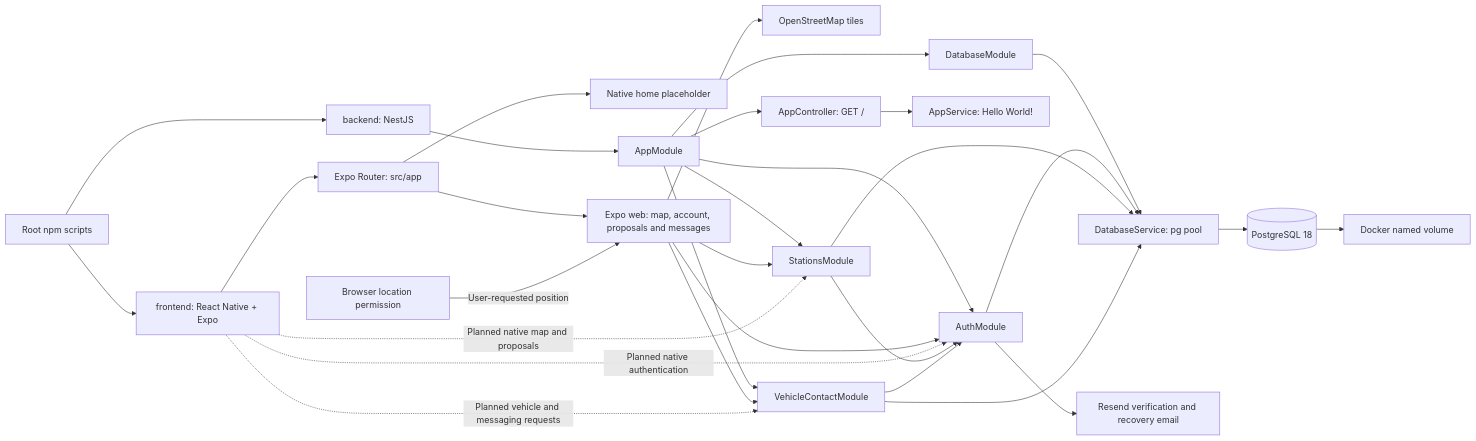
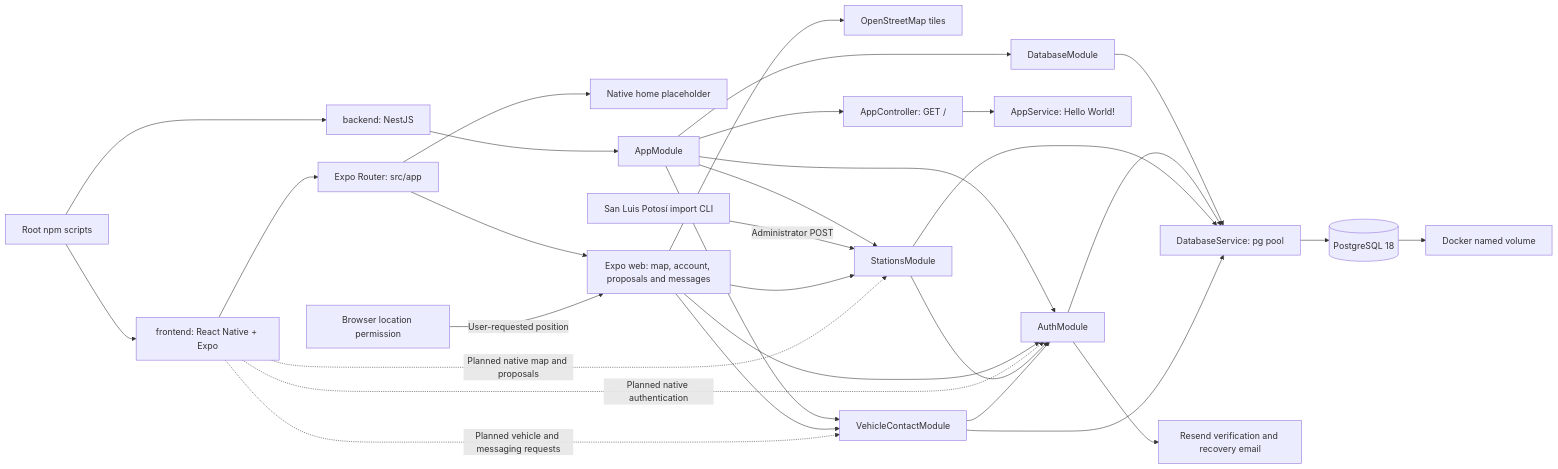
Before and after one commit to JuanCarlosIsordiaB/plugi: the first of 2 diagrams in docs/ARCHITECTURE.md, drawn with Mermaid. The commit also changed other lines of this file and 33 other files, not shown here.

````diff
--- a/docs/ARCHITECTURE.md
+++ b/docs/ARCHITECTURE.md
@@ -13,32 +17,33 @@
 ```mermaid
 flowchart LR
     Scripts[Root npm scripts] --> Mobile[frontend: React Native + Expo]
     Scripts --> API[backend: NestJS]
     Mobile --> Router[Expo Router: src/app]
     Router --> Home[Native home placeholder]
     Router --> Web[Expo web: map, account, proposals and messages]
     Web --> Tiles[OpenStreetMap tiles]
     Location[Browser location permission] -->|User-requested position| Web
     API --> Module[AppModule]
     Module --> DatabaseModule[DatabaseModule]
     DatabaseModule --> Pool[DatabaseService: pg pool]
     Pool --> Postgres[(PostgreSQL 18)]
     Postgres --> Volume[Docker named volume]
     Module --> Controller[AppController: GET /]
     Controller --> Service[AppService: Hello World!]
     Module --> Auth[AuthModule]
     Auth --> Pool
     Auth --> Email[Resend verification and recovery email]
     Web --> Auth
     Mobile -. Planned native authentication .-> Auth
     Module --> Stations[StationsModule]
+    StationImport[San Luis Potosí import CLI] -->|Administrator POST| Stations
     Module --> Contact[VehicleContactModule]
     Stations --> Pool
     Contact --> Pool
     Stations --> Auth
     Contact --> Auth
     Web --> Stations
     Web --> Contact
     Mobile -. Planned native map and proposals .-> Stations
     Mobile -. Planned vehicle and messaging requests .-> Contact
 ```
````
